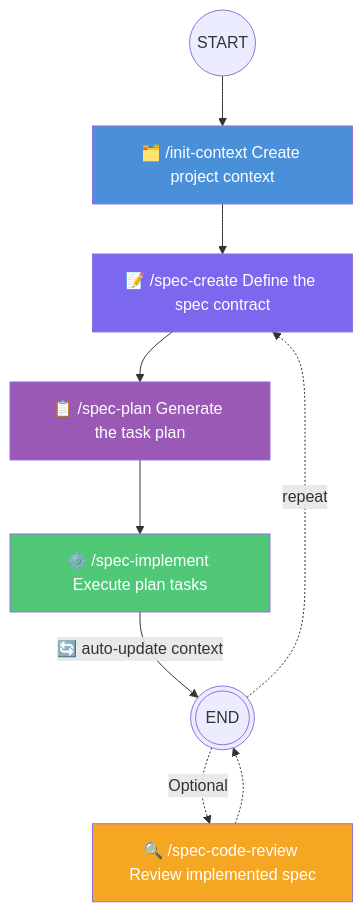
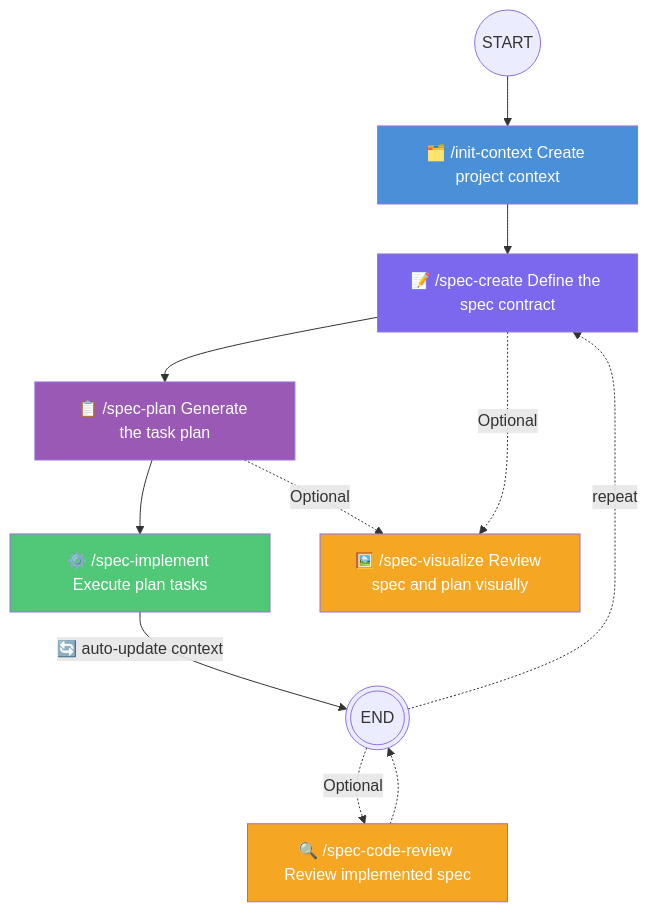
One commit to AlessioScarfone/barespec changed the first of 2 diagrams in README.md. Above: the diagram before and after it, drawn with Mermaid. The commit also changed other lines of this file and 12 other files, not shown here.

````diff
--- a/README.md
+++ b/README.md
@@ -185,15 +214,18 @@
 ```mermaid
 flowchart TD
     START((START)) --> CTX["🗂️ /init-context Create project context"] --> SPEC
 
     SPEC["📝 /spec-create Define the spec contract"] --> PLAN
     PLAN["📋 /spec-plan Generate the task plan"] --> IMPL
     IMPL["⚙️ /spec-implement Execute plan tasks"] -->|"🔄 auto-update context"| END(((END))) -.->|repeat| SPEC
     END -.-> |Optional|CODE_REVIEW["🔍 /spec-code-review Review implemented spec"] -.-> END
+    SPEC -.-> |Optional|VISUAL["🖼️ /spec-visualize Review spec and plan visually"]
+    PLAN -.-> |Optional|VISUAL
 
     style CTX fill:#4A90D9,color:#fff
     style SPEC fill:#7B68EE,color:#fff
     style PLAN fill:#9B59B6,color:#fff
     style IMPL fill:#50C878,color:#fff
     style CODE_REVIEW fill:#F5A623,color:#fff
+    style VISUAL fill:#F5A623,color:#fff
 ```
````
